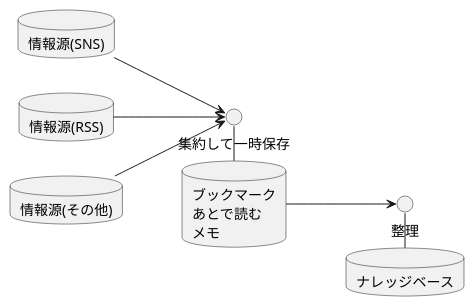
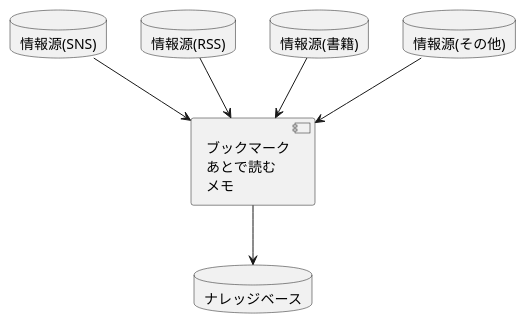
The diagram in _posts/2017-12-31-what-is-keep-myself-open-to-news.md (u6k/blog), drawn with PlantUML before and after one commit. The commit also changed other lines of this file, not shown here.

```diff
--- a/_posts/2017-12-31-what-is-keep-myself-open-to-news.md
+++ b/_posts/2017-12-31-what-is-keep-myself-open-to-news.md
@@ -37,18 +37,14 @@
 {% plantuml %}
-left to right direction
-
 database "情報源(SNS)" as input1
 database "情報源(RSS)" as input2
-database "情報源(その他)" as input3
-database "ブックマーク\nあとで読む\nメモ" as ril
+database "情報源(書籍)" as input3
+database "情報源(その他)" as input4
+component "ブックマーク\nあとで読む\nメモ" as ril
 database "ナレッジベース" as kb
-() "集約して一時保存" as input
-() "整理" as stock
 
-input1 --> input
-input2 --> input
-input3 --> input
-ril -l- input
-ril --> stock
-kb -l- stock
+input1 --> ril
+input2 --> ril
+input3 --> ril
+input4 --> ril
+ril --> kb
 {% endplantuml %}
```
